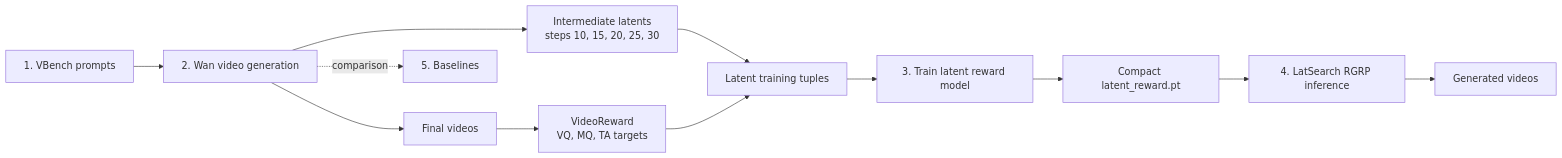
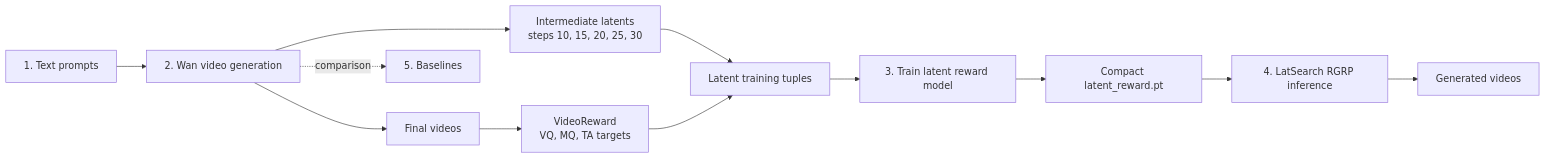
One commit to zengqunzhao/LatSearch changed the diagram in README.md. Above: the diagram before and after it, drawn with Mermaid.

Commit message:
Clarify pipeline prompt input

````diff
--- a/README.md
+++ b/README.md
@@ -209,14 +209,14 @@
 ```mermaid
 flowchart LR
-    A["1. VBench prompts"] --> B["2. Wan video generation"]
+    A["1. Text prompts"] --> B["2. Wan video generation"]
     B --> C["Intermediate latents<br/>steps 10, 15, 20, 25, 30"]
     B --> D["Final videos"]
     D --> E["VideoReward<br/>VQ, MQ, TA targets"]
     C --> F["Latent training tuples"]
     E --> F
     F --> G["3. Train latent reward model"]
     G --> H["Compact latent_reward.pt"]
     H --> I["4. LatSearch RGRP inference"]
     I --> J["Generated videos"]
     B -. comparison .-> K["5. Baselines"]
 ```
````
